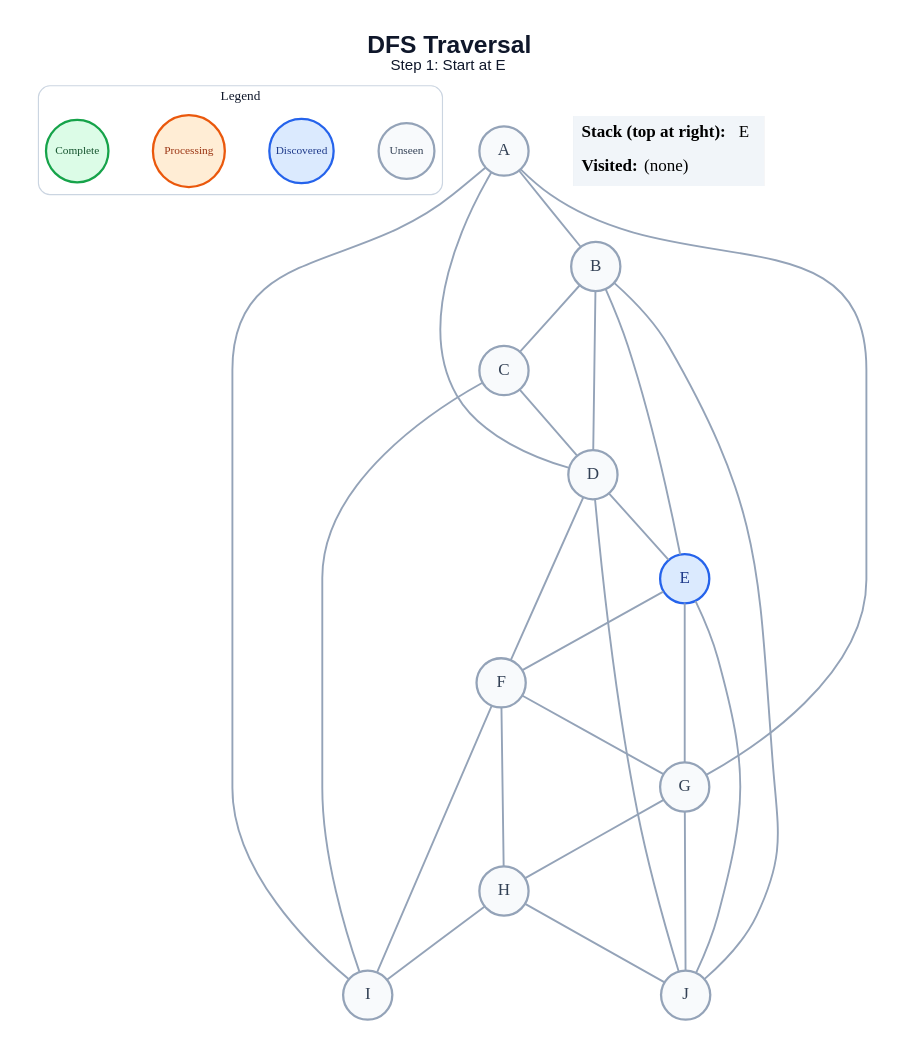
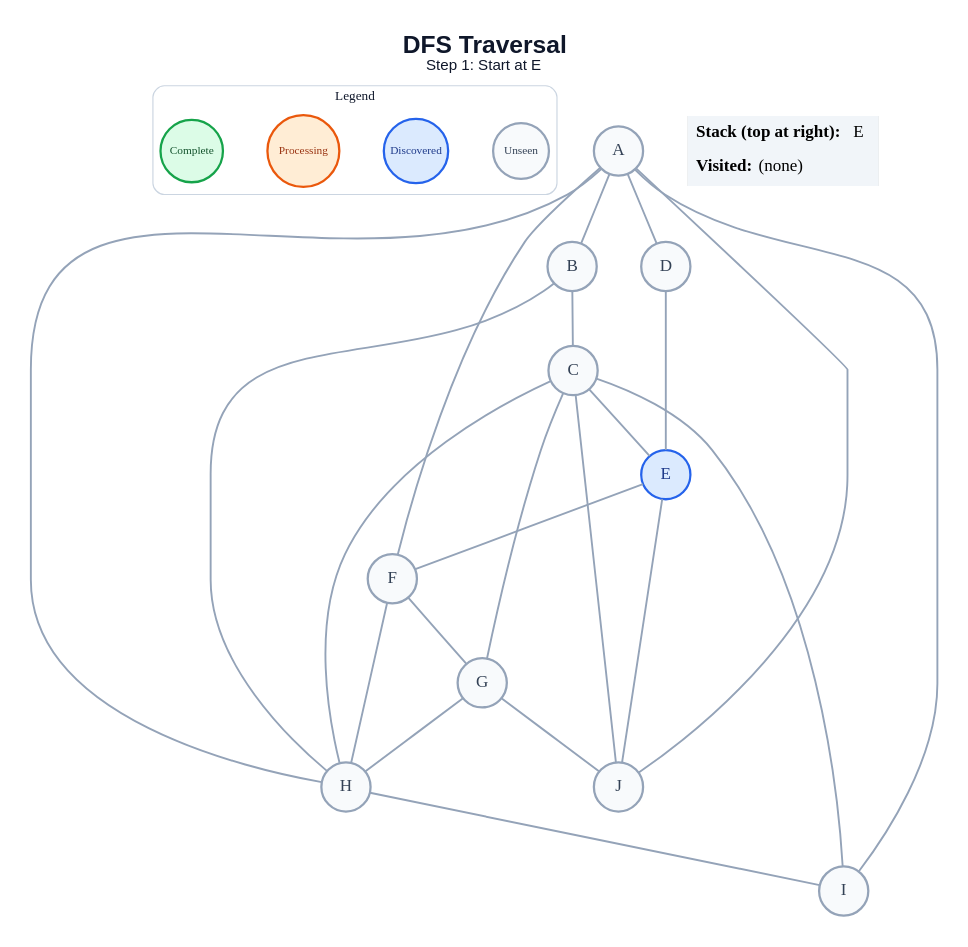
The diagram in generated/specific-node/dfs/step_01.dot (amanghodawala9/ai-slop), drawn with Graphviz before and after one commit. The commit also changed 178 other files, not shown here.

```diff
--- a/generated/specific-node/dfs/step_01.dot
+++ b/generated/specific-node/dfs/step_01.dot
@@ -1,52 +1,50 @@
 graph traversal {
   graph [layout=dot, rankdir=TB, bgcolor="#FFFFFF", pad="0.35", nodesep="0.65", ranksep="0.8", fontname="Arial"];
   node [shape=circle, style="filled", fontname="Arial Bold", fontsize=18, width=0.72, fixedsize=true, penwidth=2.4];
   edge [color="#94A3B8", penwidth=2.0];
   label=<<B>DFS Traversal</B><BR/><FONT POINT-SIZE="16">Step 1: Start at E</FONT>>; labelloc="t"; fontsize=26; fontname="Arial"; fontcolor="#0F172A";
   subgraph cluster_legend { label="Legend"; color="#CBD5E1"; penwidth=1.2; style="rounded"; fontsize=14; fontname="Arial Bold";
     key_unseen [label="Unseen", fillcolor="#F8FAFC", color="#94A3B8", fontcolor="#334155", fontsize=12, width=0.82];
     key_frontier [label="Discovered", fillcolor="#DBEAFE", color="#2563EB", fontcolor="#1E3A8A", fontsize=12, width=0.95];
     key_current [label="Processing", fillcolor="#FFEDD5", color="#EA580C", fontcolor="#9A3412", fontsize=12, width=1.05];
     key_done [label="Complete", fillcolor="#DCFCE7", color="#16A34A", fontcolor="#14532D", fontsize=12, width=0.92];
     { rank=same; key_unseen; key_frontier; key_current; key_done; }
   }
   A [fillcolor="#F8FAFC", color="#94A3B8", fontcolor="#334155"];
   B [fillcolor="#F8FAFC", color="#94A3B8", fontcolor="#334155"];
   C [fillcolor="#F8FAFC", color="#94A3B8", fontcolor="#334155"];
   D [fillcolor="#F8FAFC", color="#94A3B8", fontcolor="#334155"];
   E [fillcolor="#DBEAFE", color="#2563EB", fontcolor="#1E3A8A"];
   F [fillcolor="#F8FAFC", color="#94A3B8", fontcolor="#334155"];
   G [fillcolor="#F8FAFC", color="#94A3B8", fontcolor="#334155"];
   H [fillcolor="#F8FAFC", color="#94A3B8", fontcolor="#334155"];
   I [fillcolor="#F8FAFC", color="#94A3B8", fontcolor="#334155"];
   J [fillcolor="#F8FAFC", color="#94A3B8", fontcolor="#334155"];
   A -- B;
   A -- D;
-  A -- G;
+  A -- F;
+  A -- H;
   A -- I;
+  A -- J;
   B -- C;
-  B -- D;
-  B -- E;
-  B -- J;
-  C -- D;
+  B -- H;
+  C -- E;
+  C -- G;
+  C -- H;
   C -- I;
+  C -- J;
   D -- E;
-  D -- F;
-  D -- J;
   E -- F;
-  E -- G;
   E -- J;
   F -- G;
   F -- H;
-  F -- I;
   G -- H;
   G -- J;
   H -- I;
-  H -- J;
   status [shape=plain, fixedsize=false, width=0, height=0, margin=0, label=<
     <TABLE BORDER="0" CELLBORDER="0" CELLPADDING="7" BGCOLOR="#F1F5F9">
       <TR><TD ALIGN="LEFT"><B>Stack (top at right):</B> E</TD></TR>
       <TR><TD ALIGN="LEFT"><B>Visited:</B> (none)</TD></TR>
     </TABLE>
   >];
 }
```
